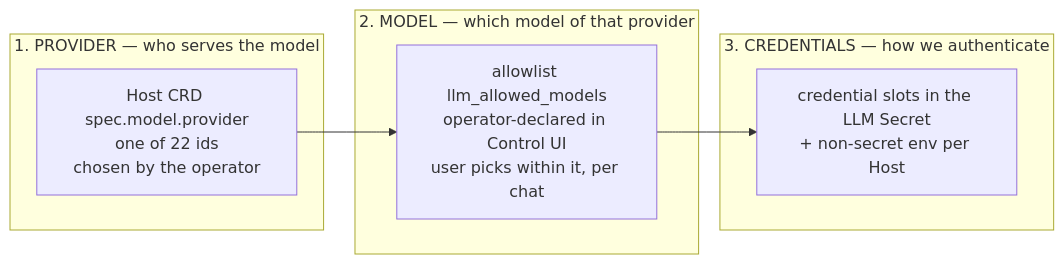
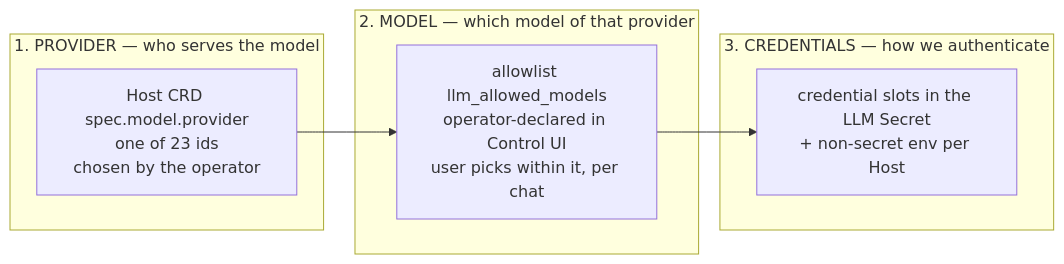
The first of 2 diagrams in docs/llm-providers/README.md (evenfire-ai/evenfire), drawn with Mermaid before and after one commit. The commit also changed other lines of this file and 14 other files, not shown here.

````diff
--- a/docs/llm-providers/README.md
+++ b/docs/llm-providers/README.md
@@ -22,13 +22,13 @@
 ```mermaid
 flowchart LR
   subgraph P["1. PROVIDER — who serves the model"]
-    P1["Host CRD spec.model.provider<br/>one of 22 ids<br/>chosen by the operator"]
+    P1["Host CRD spec.model.provider<br/>one of 23 ids<br/>chosen by the operator"]
   end
   subgraph M["2. MODEL — which model of that provider"]
     M1["allowlist llm_allowed_models<br/>operator-declared in Control UI<br/>user picks within it, per chat"]
   end
   subgraph C["3. CREDENTIALS — how we authenticate"]
     C1["credential slots in the LLM Secret<br/>+ non-secret env per Host"]
   end
   P1 --> M1 --> C1
 ```
````
